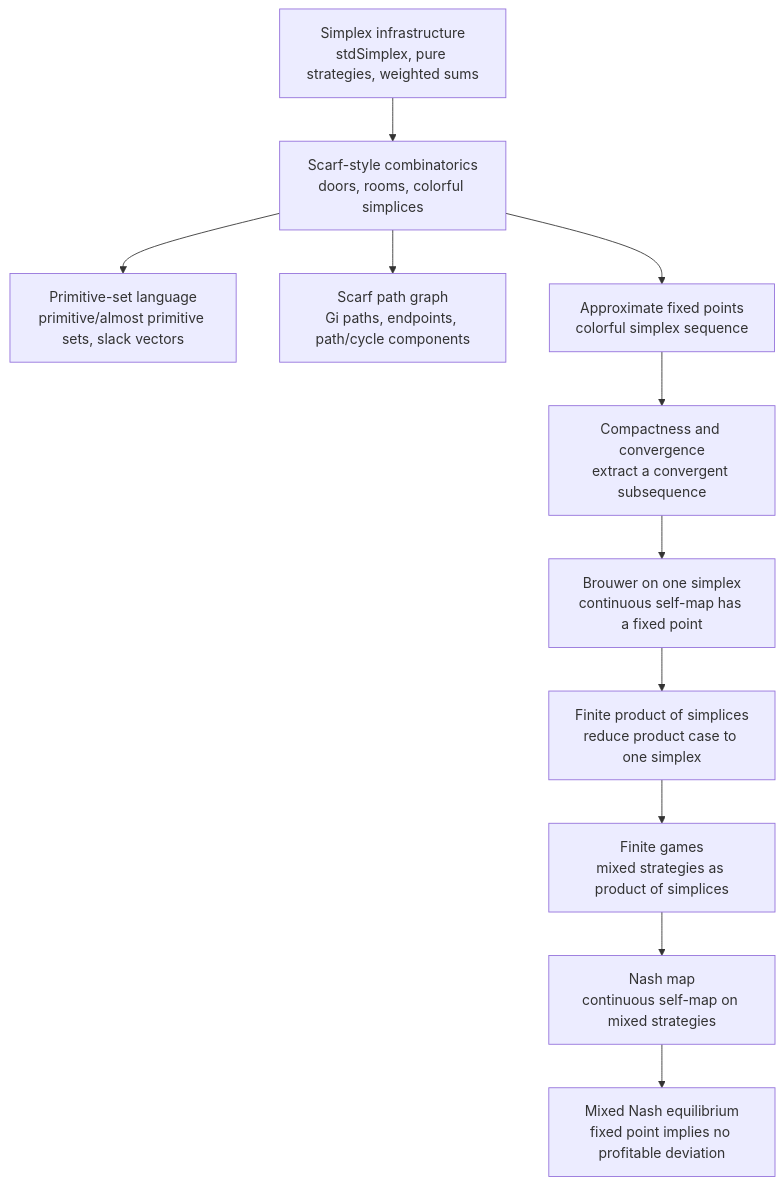
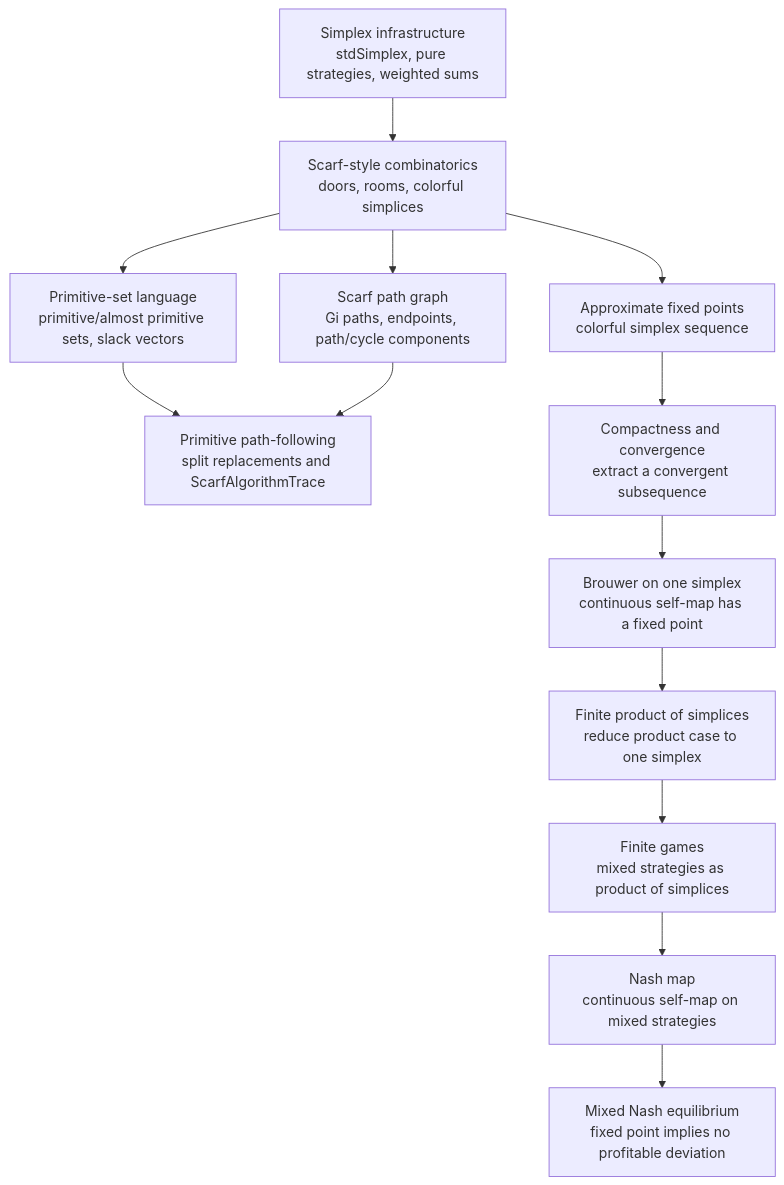
Before and after one commit to math-xmum/Brouwer: the diagram in README.md, drawn with Mermaid. The commit also changed other lines of this file and 1 other file, not shown here.

````diff
--- a/README.md
+++ b/README.md
@@ -33,19 +33,22 @@
 ```mermaid
 flowchart TD
     A["Simplex infrastructure<br/>stdSimplex, pure strategies, weighted sums"]
     B["Scarf-style combinatorics<br/>doors, rooms, colorful simplices"]
     C["Primitive-set language<br/>primitive/almost primitive sets, slack vectors"]
     D["Scarf path graph<br/>Gi paths, endpoints, path/cycle components"]
-    E["Approximate fixed points<br/>colorful simplex sequence"]
-    F["Compactness and convergence<br/>extract a convergent subsequence"]
-    G["Brouwer on one simplex<br/>continuous self-map has a fixed point"]
-    H["Finite product of simplices<br/>reduce product case to one simplex"]
-    I["Finite games<br/>mixed strategies as product of simplices"]
-    J["Nash map<br/>continuous self-map on mixed strategies"]
-    K["Mixed Nash equilibrium<br/>fixed point implies no profitable deviation"]
+    E["Primitive path-following<br/>split replacements and ScarfAlgorithmTrace"]
+    F["Approximate fixed points<br/>colorful simplex sequence"]
+    G["Compactness and convergence<br/>extract a convergent subsequence"]
+    H["Brouwer on one simplex<br/>continuous self-map has a fixed point"]
+    I["Finite product of simplices<br/>reduce product case to one simplex"]
+    J["Finite games<br/>mixed strategies as product of simplices"]
+    K["Nash map<br/>continuous self-map on mixed strategies"]
+    L["Mixed Nash equilibrium<br/>fixed point implies no profitable deviation"]
 
     A --> B
     B --> C
     B --> D
-    B --> E --> F --> G --> H --> I --> J --> K
+    C --> E
+    D --> E
+    B --> F --> G --> H --> I --> J --> K --> L
 ```
````
